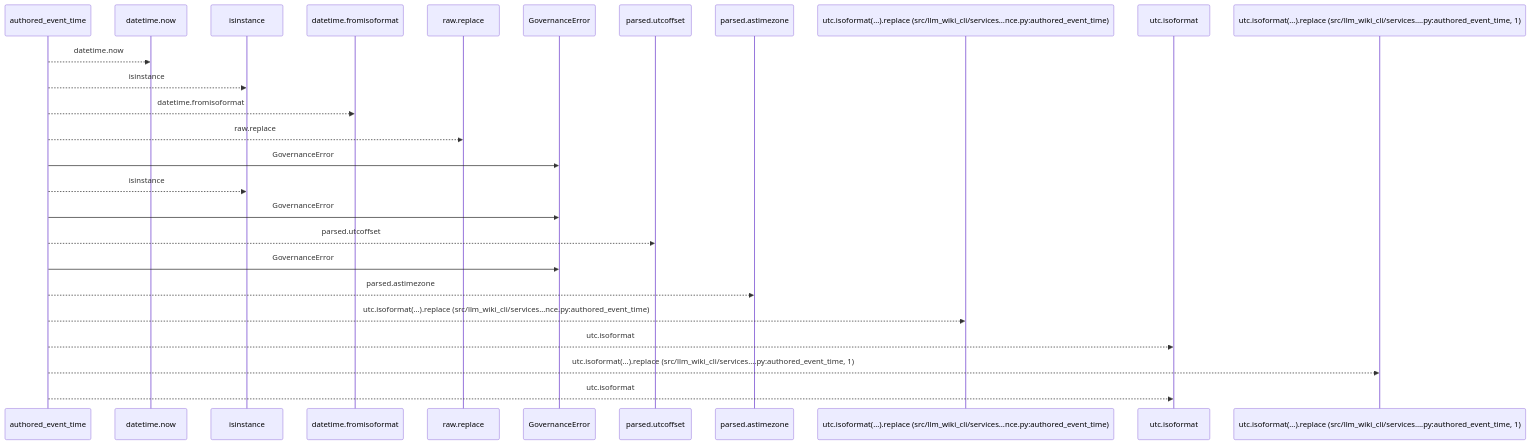
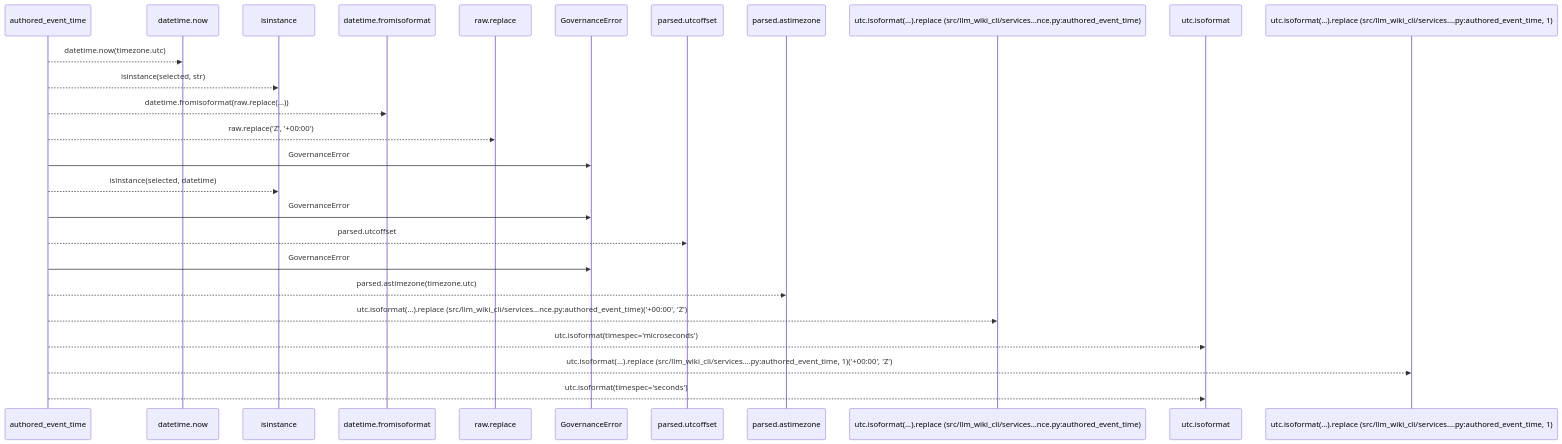
One commit to Denissvgn/python-wiki-llm changed the first of 2 diagrams in docs/llm_wiki/flows/api-authored_event_time.md. Above: the diagram before and after it, drawn with Mermaid. The commit also changed other lines of this file and 1410 other files, not shown here.

````diff
--- a/docs/llm_wiki/flows/api-authored_event_time.md
+++ b/docs/llm_wiki/flows/api-authored_event_time.md
@@ -10,28 +12,28 @@
 ```mermaid
 sequenceDiagram
     participant p0 as authored_event_time
     participant p1 as datetime.now
     participant p2 as isinstance
     participant p3 as datetime.fromisoformat
     participant p4 as raw.replace
     participant p5 as GovernanceError
     participant p6 as parsed.utcoffset
     participant p7 as parsed.astimezone
     participant p8 as utc.isoformat(…).replace (src/llm_wiki_cli/services…nce.py:authored_event_time)
     participant p9 as utc.isoformat
     participant p10 as utc.isoformat(…).replace (src/llm_wiki_cli/services….py:authored_event_time, 1)
-    p0-->>p1: datetime.now
-    p0-->>p2: isinstance
-    p0-->>p3: datetime.fromisoformat
-    p0-->>p4: raw.replace
+    p0-->>p1: datetime.now(timezone.utc)
+    p0-->>p2: isinstance(selected, str)
+    p0-->>p3: datetime.fromisoformat(raw.replace(...))
+    p0-->>p4: raw.replace('Z', '+00:00')
     p0->>p5: GovernanceError
-    p0-->>p2: isinstance
+    p0-->>p2: isinstance(selected, datetime)
     p0->>p5: GovernanceError
     p0-->>p6: parsed.utcoffset
     p0->>p5: GovernanceError
-    p0-->>p7: parsed.astimezone
-    p0-->>p8: utc.isoformat(…).replace (src/llm_wiki_cli/services…nce.py:authored_event_time)
-    p0-->>p9: utc.isoformat
-    p0-->>p10: utc.isoformat(…).replace (src/llm_wiki_cli/services….py:authored_event_time, 1)
-    p0-->>p9: utc.isoformat
+    p0-->>p7: parsed.astimezone(timezone.utc)
+    p0-->>p8: utc.isoformat(…).replace (src/llm_wiki_cli/services…nce.py:authored_event_time)('+00:00', 'Z')
+    p0-->>p9: utc.isoformat(timespec='microseconds')
+    p0-->>p10: utc.isoformat(…).replace (src/llm_wiki_cli/services….py:authored_event_time, 1)('+00:00', 'Z')
+    p0-->>p9: utc.isoformat(timespec='seconds')
 ```
````
